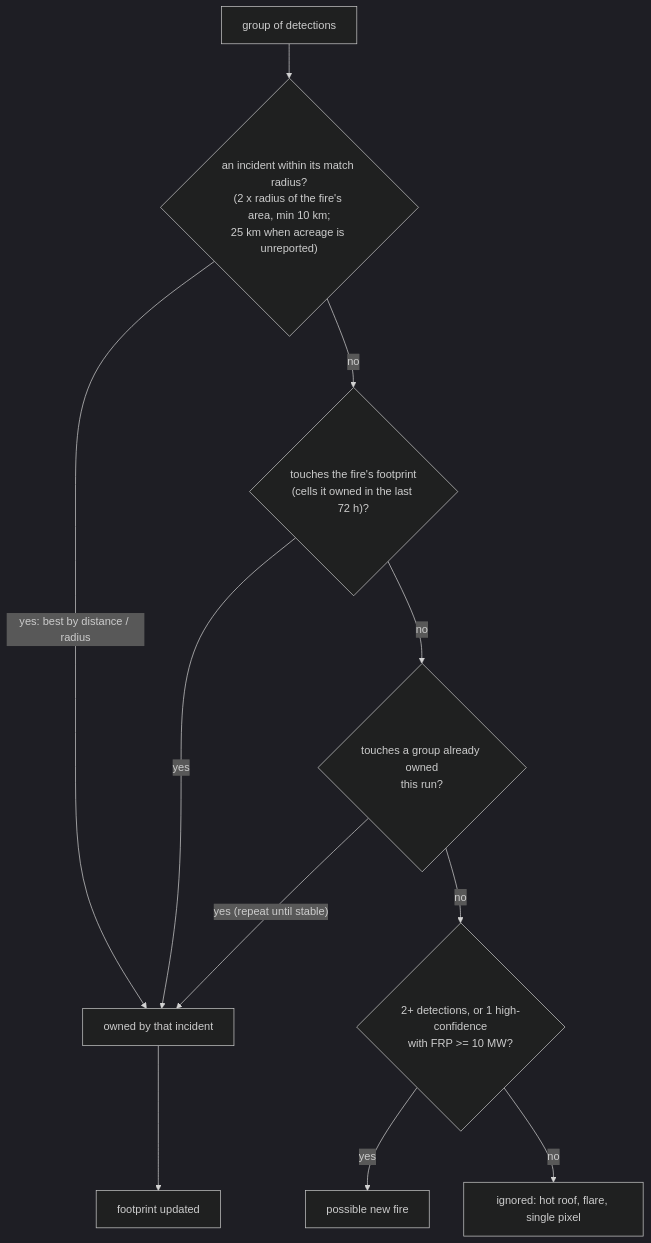
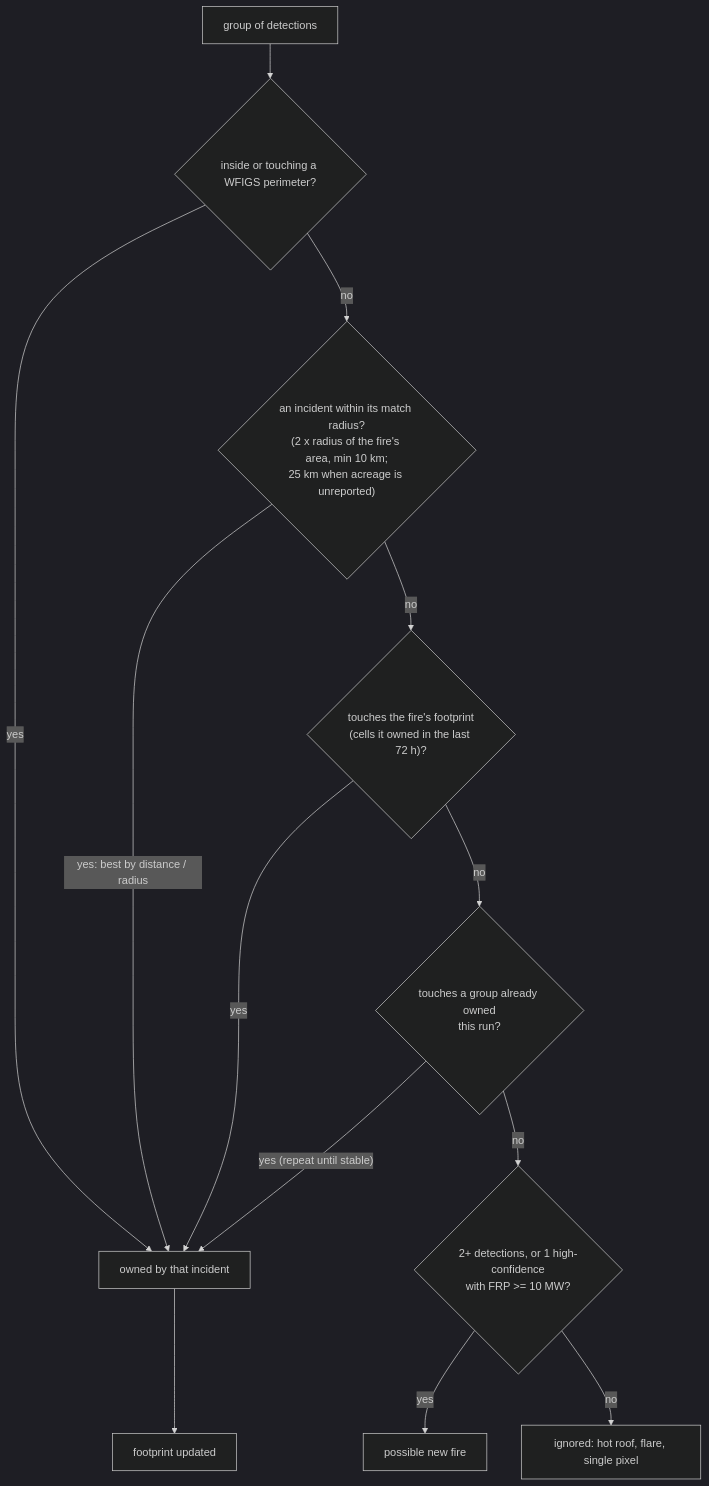
Before and after one commit to AaronJAdler/wildfire-risk-feed: the second of 3 diagrams in docs/architecture.md, drawn with Mermaid (dark theme). The commit also changed other lines of this file and 27 other files, not shown here.

````diff
--- a/docs/architecture.md
+++ b/docs/architecture.md
@@ -73,13 +74,15 @@
 ```mermaid
 flowchart TD
-    g["group of detections"] --> d{"an incident within its match radius?<br/>(2 x radius of the fire's area, min 10 km;<br/>25 km when acreage is unreported)"}
+    g["group of detections"] --> per{"inside or touching a WFIGS perimeter?"}
+    per -- yes --> own
+    per -- no --> d{"an incident within its match radius?<br/>(2 x radius of the fire's area, min 10 km;<br/>25 km when acreage is unreported)"}
     d -- "yes: best by distance / radius" --> own["owned by that incident"]
     d -- no --> f{"touches the fire's footprint<br/>(cells it owned in the last 72 h)?"}
     f -- yes --> own
     f -- no --> n{"touches a group already owned<br/>this run?"}
     n -- "yes (repeat until stable)" --> own
     n -- no --> q{"2+ detections, or 1 high-confidence<br/>with FRP >= 10 MW?"}
     q -- yes --> new["possible new fire"]
     q -- no --> ignore["ignored: hot roof, flare, single pixel"]
     own --> fpw["footprint updated"]
 ```
````
